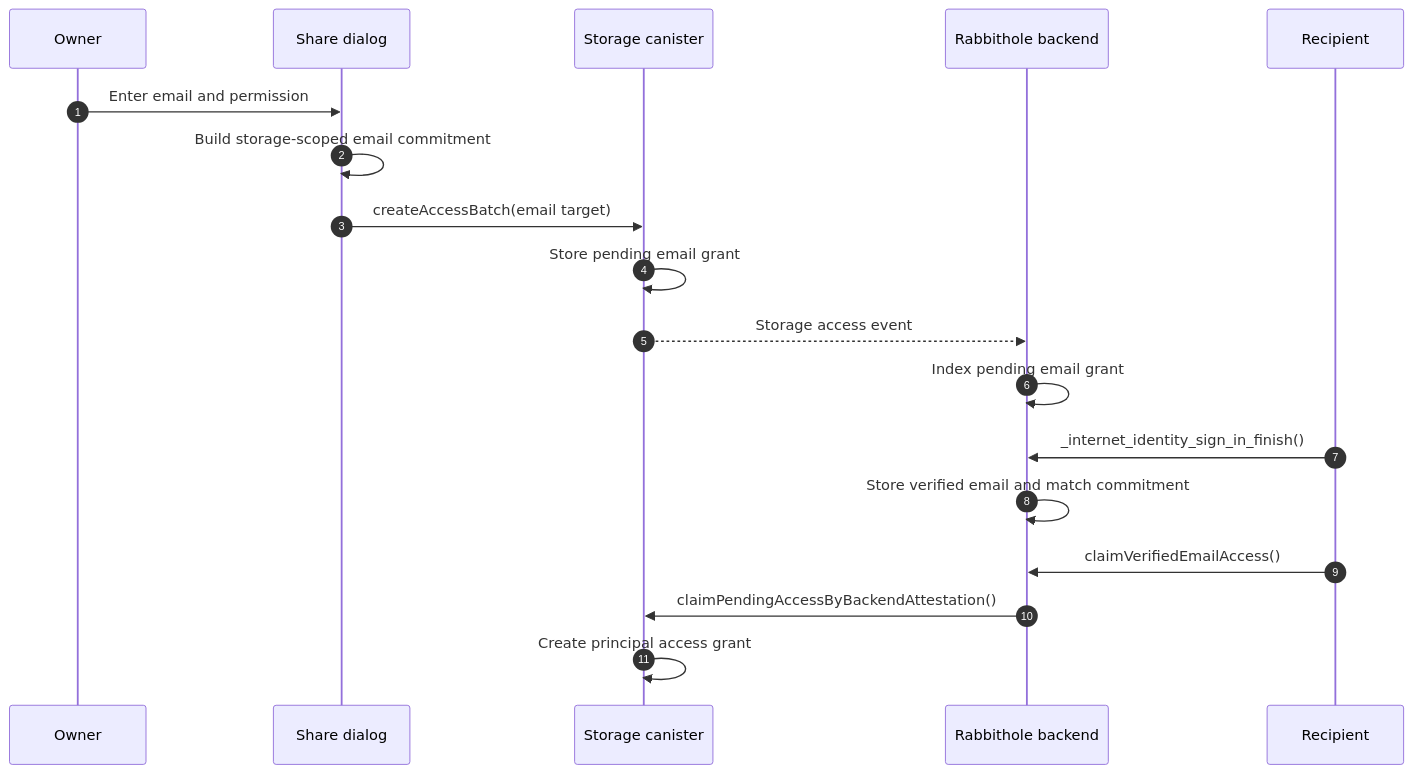
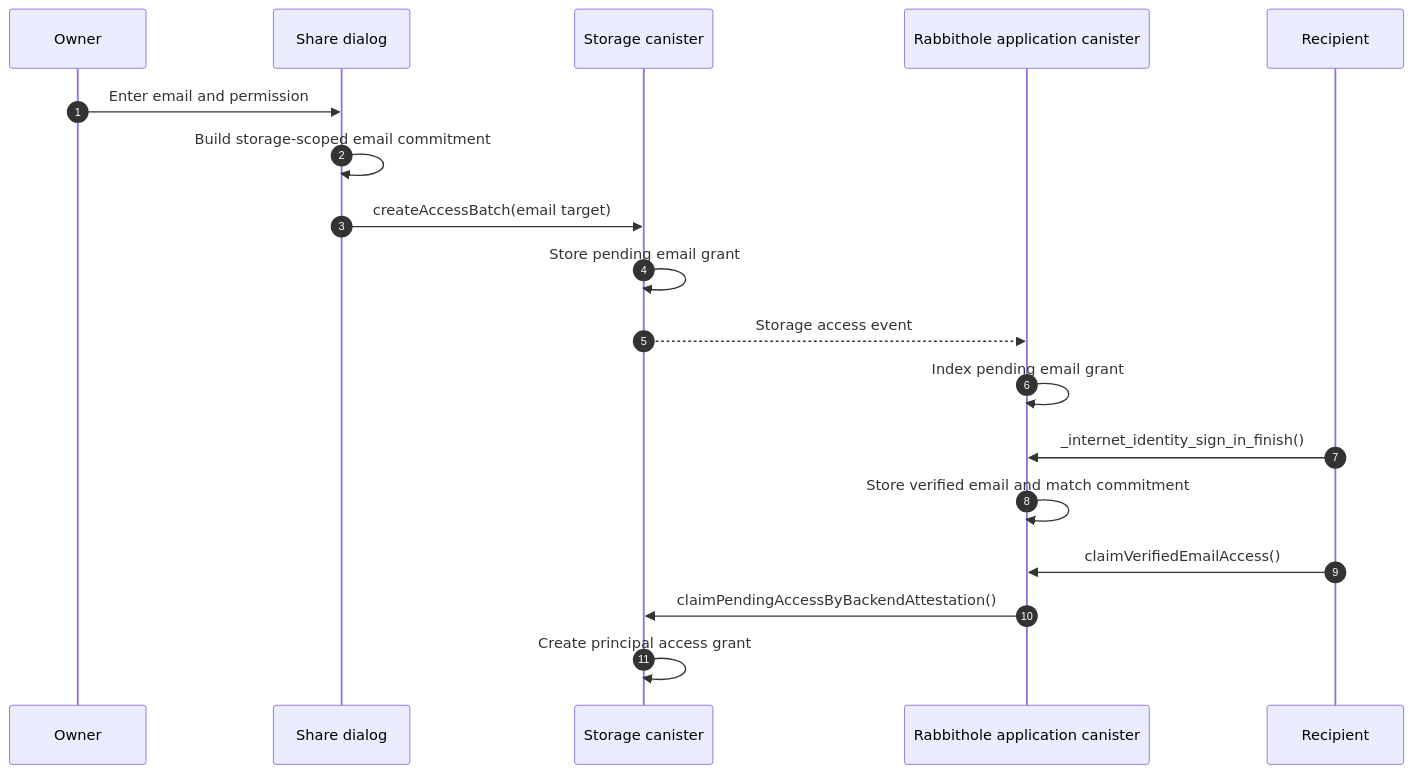
The second of 2 diagrams in apps/docs/src/en/how-it-works/sharing/email-invites.mdx (rabbithole-app/v2), drawn with Mermaid before and after one commit. The commit also changed other lines of this file and 35 other files, not shown here.

````diff
--- a/apps/docs/src/en/how-it-works/sharing/email-invites.mdx
+++ b/apps/docs/src/en/how-it-works/sharing/email-invites.mdx
@@ -93,21 +93,21 @@
 ```mermaid
 sequenceDiagram
     autonumber
     participant O as Owner
     participant UI as Share dialog
     participant S as Storage canister
-    participant API as Rabbithole backend
+    participant API as Rabbithole application canister
     participant R as Recipient
 
     O->>UI: Enter email and permission
     UI->>UI: Build storage-scoped email commitment
     UI->>S: createAccessBatch(email target)
     S->>S: Store pending email grant
     S-->>API: Storage access event
     API->>API: Index pending email grant
     R->>API: _internet_identity_sign_in_finish()
     API->>API: Store verified email and match commitment
     R->>API: claimVerifiedEmailAccess()
     API->>S: claimPendingAccessByBackendAttestation()
     S->>S: Create principal access grant
 ```
````
